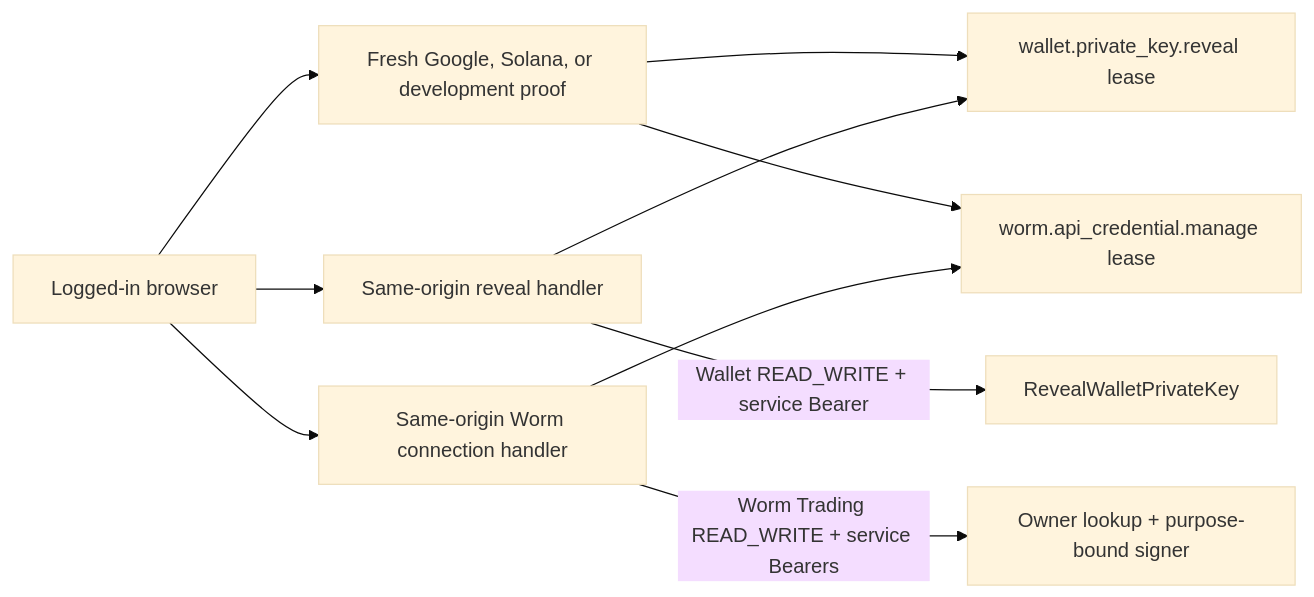
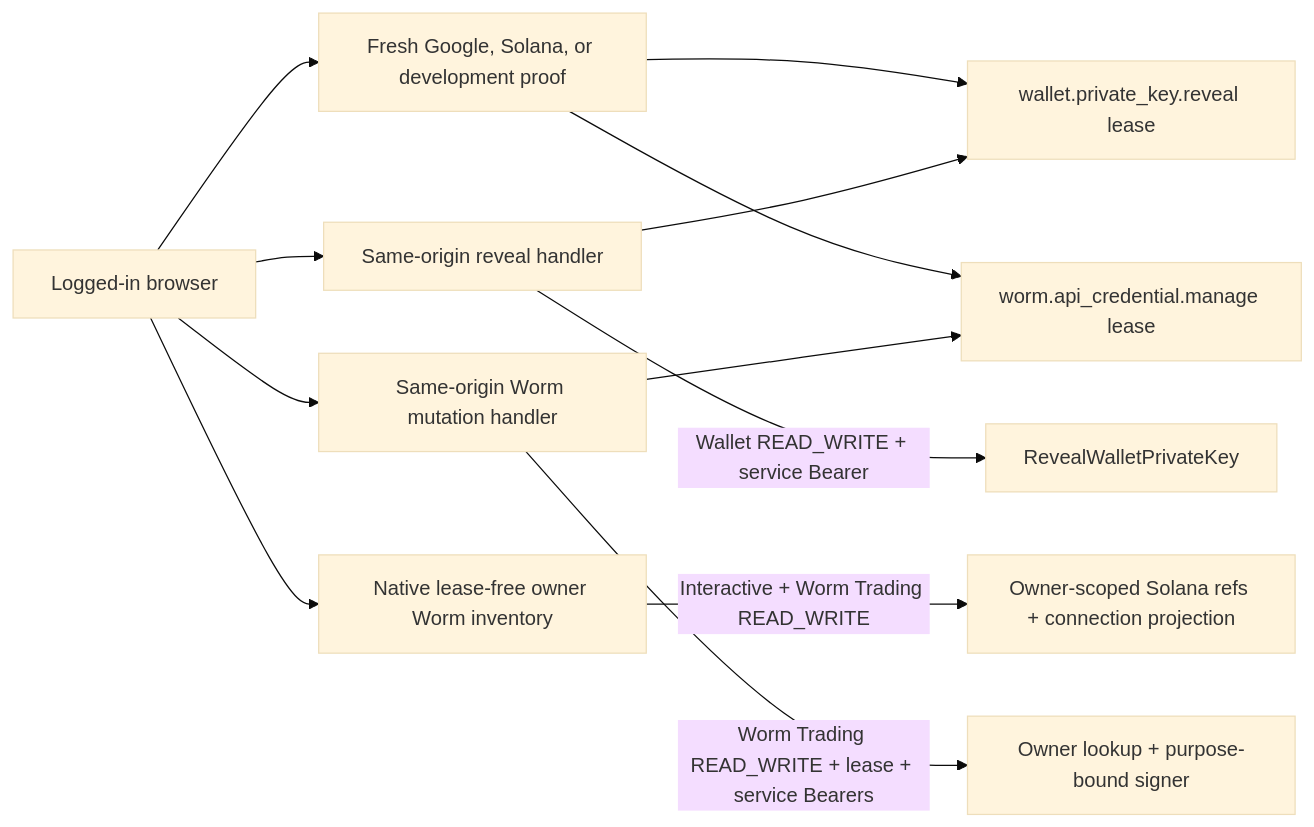
The diagram in docs/design/identity-access/wallet-secret-reauthentication.md (useryege/athena-o), drawn with Mermaid (base theme) before and after one commit. The commit also changed other lines of this file and 13 other files, not shown here.

````diff
--- a/docs/design/identity-access/wallet-secret-reauthentication.md
+++ b/docs/design/identity-access/wallet-secret-reauthentication.md
@@ -39,12 +39,14 @@
 ```mermaid
 flowchart LR
     B["Logged-in browser"] --> P["Fresh Google, Solana, or development proof"]
     P --> R1["wallet.private_key.reveal lease"]
     P --> R2["worm.api_credential.manage lease"]
     B --> H1["Same-origin reveal handler"]
-    B --> H2["Same-origin Worm connection handler"]
+    B --> I["Native lease-free owner Worm inventory"]
+    B --> H2["Same-origin Worm mutation handler"]
     H1 --> R1
     H2 --> R2
     H1 -->|"Wallet READ_WRITE + service Bearer"| W1["RevealWalletPrivateKey"]
-    H2 -->|"Worm Trading READ_WRITE + service Bearers"| W2["Owner lookup + purpose-bound signer"]
+    I -->|"Interactive + Worm Trading READ_WRITE"| W2["Owner-scoped Solana refs + connection projection"]
+    H2 -->|"Worm Trading READ_WRITE + lease + service Bearers"| W3["Owner lookup + purpose-bound signer"]
 ```
````
